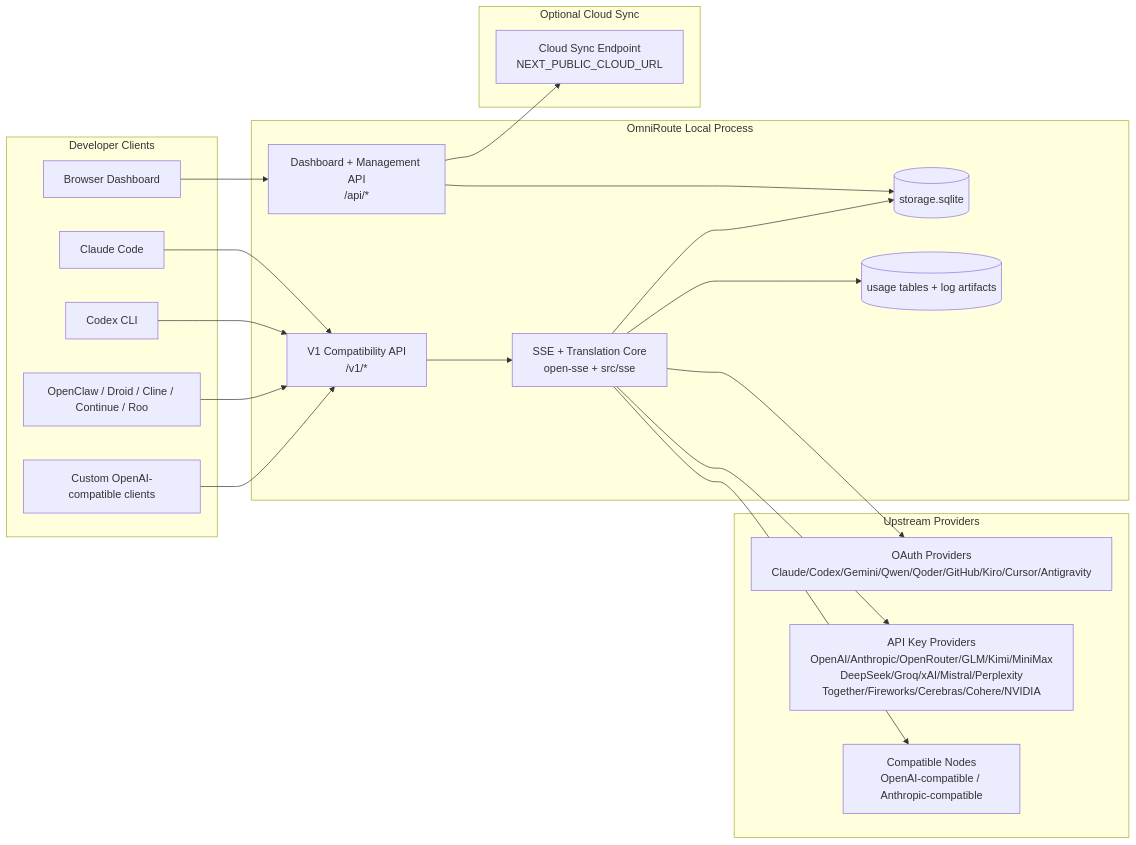
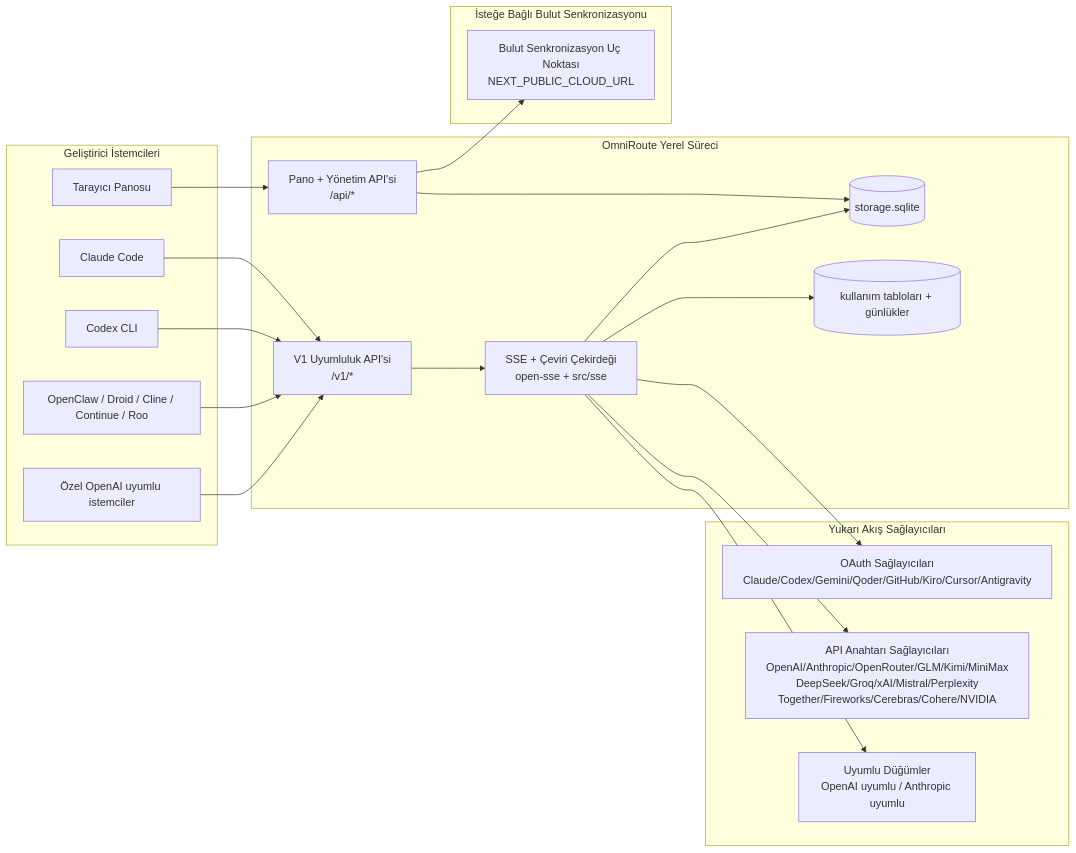
The diagram in docs/i18n/tr/docs/architecture/ARCHITECTURE.md (KooshaPari/OmniRoute), drawn with Mermaid before and after one commit. The commit also changed other lines of this file and 8806 other files, not shown here.

Commit message:
fix: restore 8808 files lost to git clean — full upstream sync with batch merge 152d95108c

````diff
--- a/docs/i18n/tr/docs/architecture/ARCHITECTURE.md
+++ b/docs/i18n/tr/docs/architecture/ARCHITECTURE.md
@@ -121,45 +164,45 @@
 ```mermaid
 flowchart LR
-    subgraph Clients[Developer Clients]
+    subgraph Clients[Geliştirici İstemcileri]
         C1[Claude Code]
         C2[Codex CLI]
         C3[OpenClaw / Droid / Cline / Continue / Roo]
-        C4[Custom OpenAI-compatible clients]
-        BROWSER[Browser Dashboard]
+        C4[Özel OpenAI uyumlu istemciler]
+        BROWSER[Tarayıcı Panosu]
     end
 
-    subgraph Router[OmniRoute Local Process]
-        API[V1 Compatibility API\n/v1/*]
-        DASH[Dashboard + Management API\n/api/*]
-        CORE[SSE + Translation Core\nopen-sse + src/sse]
+    subgraph Router[OmniRoute Yerel Süreci]
+        API[V1 Uyumluluk API'si\n/v1/*]
+        DASH[Pano + Yönetim API'si\n/api/*]
+        CORE[SSE + Çeviri Çekirdeği\nopen-sse + src/sse]
         DB[(storage.sqlite)]
-        UDB[(usage tables + log artifacts)]
+        UDB[(kullanım tabloları + günlükler)]
     end
 
-    subgraph Upstreams[Upstream Providers]
-        P1[OAuth Providers\nClaude/Codex/Gemini/Qwen/Qoder/GitHub/Kiro/Cursor/Antigravity]
-        P2[API Key Providers\nOpenAI/Anthropic/OpenRouter/GLM/Kimi/MiniMax\nDeepSeek/Groq/xAI/Mistral/Perplexity\nTogether/Fireworks/Cerebras/Cohere/NVIDIA]
-        P3[Compatible Nodes\nOpenAI-compatible / Anthropic-compatible]
+    subgraph Upstreams[Yukarı Akış Sağlayıcıları]
+        P1[OAuth Sağlayıcıları\nClaude/Codex/Gemini/Qoder/GitHub/Kiro/Cursor/Antigravity]
+        P2[API Anahtarı Sağlayıcıları\nOpenAI/Anthropic/OpenRouter/GLM/Kimi/MiniMax\nDeepSeek/Groq/xAI/Mistral/Perplexity\nTogether/Fireworks/Cerebras/Cohere/NVIDIA]
+        P3[Uyumlu Düğümler\nOpenAI uyumlu / Anthropic uyumlu]
     end
 
-    subgraph Cloud[Optional Cloud Sync]
-        CLOUD[Cloud Sync Endpoint\nNEXT_PUBLIC_CLOUD_URL]
+    subgraph Cloud[İsteğe Bağlı Bulut Senkronizasyonu]
+        CLOUD[Bulut Senkronizasyon Uç Noktası\nNEXT_PUBLIC_CLOUD_URL]
     end
 
     C1 --> API
     C2 --> API
     C3 --> API
     C4 --> API
     BROWSER --> DASH
 
     API --> CORE
     DASH --> DB
     CORE --> DB
     CORE --> UDB
 
     CORE --> P1
     CORE --> P2
     CORE --> P3
 
     DASH --> CLOUD
 ```
````
